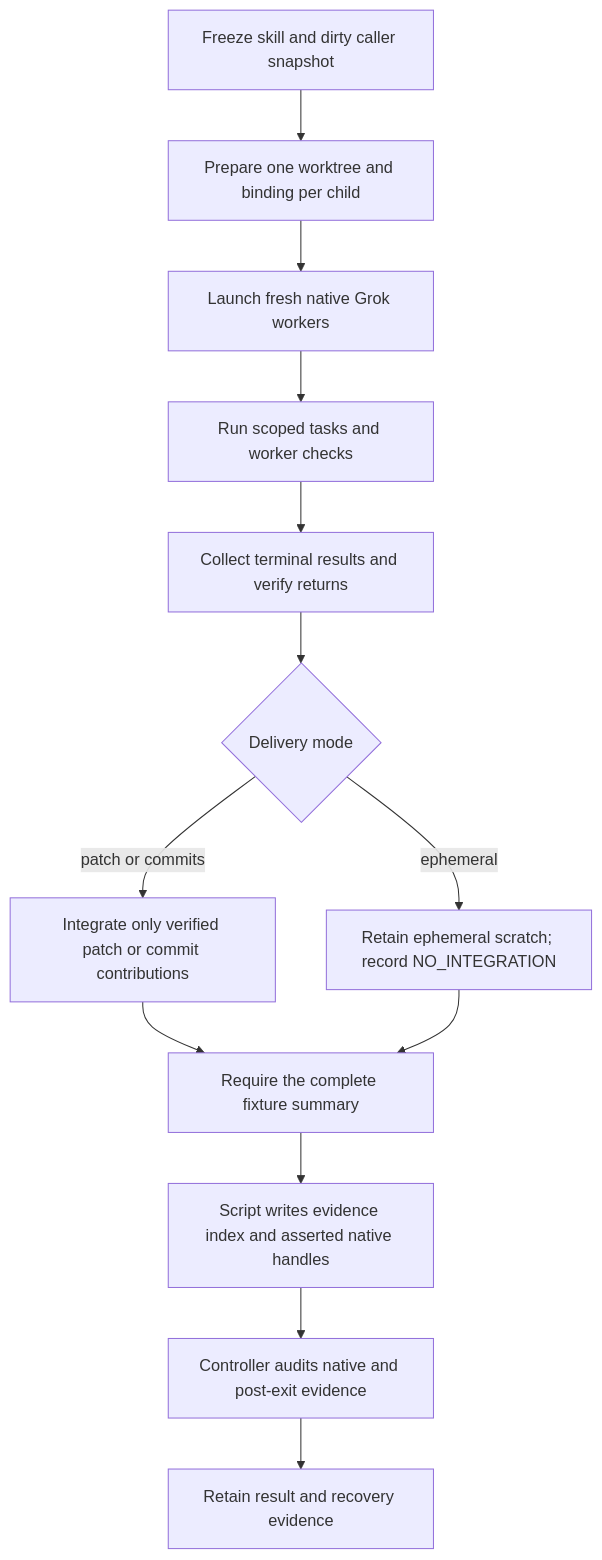
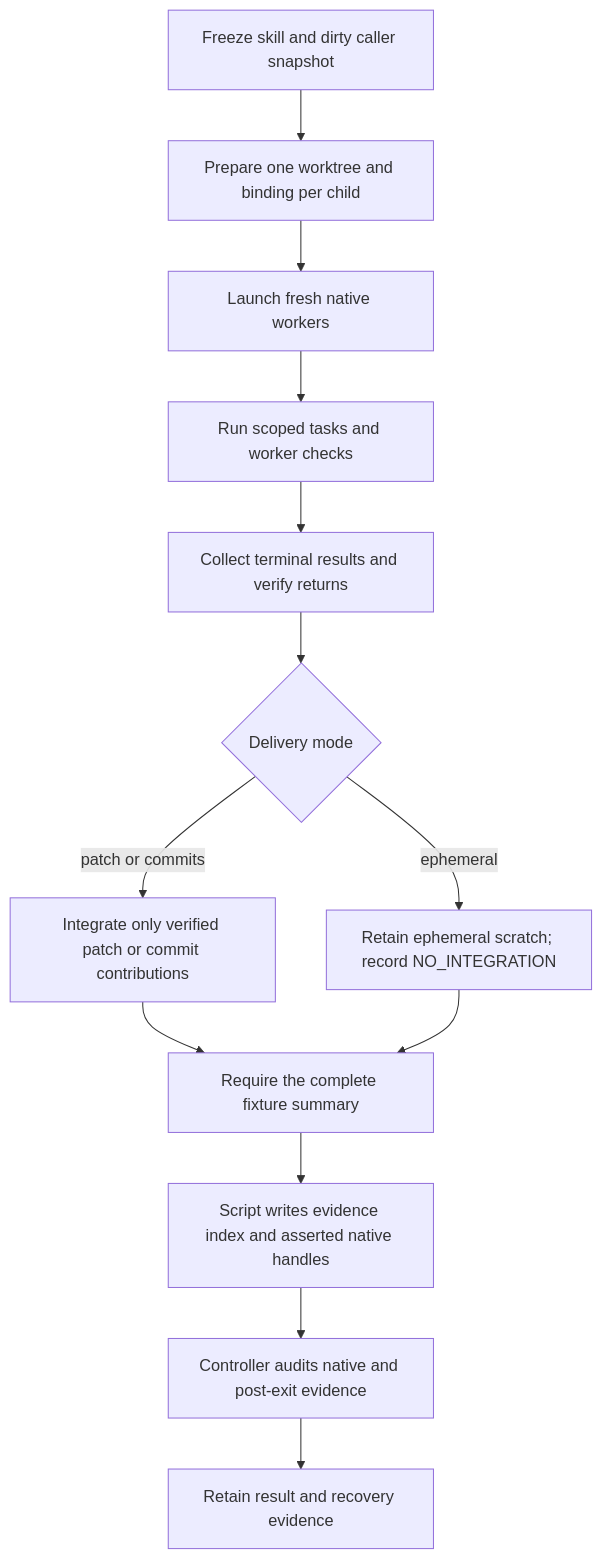
One commit to whichguy/skill-craft changed the first of 2 diagrams in test/experiments/ask_agent_parallel_worktrees/README.md. Above: the diagram before and after it, drawn with Mermaid. The commit also changed other lines of this file and 63 other files, not shown here.

````diff
--- a/test/experiments/ask_agent_parallel_worktrees/README.md
+++ b/test/experiments/ask_agent_parallel_worktrees/README.md
@@ -9,19 +9,19 @@
 ```mermaid
 flowchart TB
     A[Freeze skill and dirty caller snapshot]
     B[Prepare one worktree and binding per child]
-    C[Launch fresh native Grok workers]
+    C[Launch fresh native workers]
     D[Run scoped tasks and worker checks]
     E[Collect terminal results and verify returns]
     F{Delivery mode}
     G[Integrate only verified patch or commit contributions]
     H[Retain ephemeral scratch; record NO_INTEGRATION]
     I[Require the complete fixture summary]
     R[Script writes evidence index and asserted native handles]
     J[Controller audits native and post-exit evidence]
     K[Retain result and recovery evidence]
     A --> B --> C --> D --> E --> F
     F -->|patch or commits| G --> I
     F -->|ephemeral| H --> I
     I --> R --> J --> K
 ```
````
